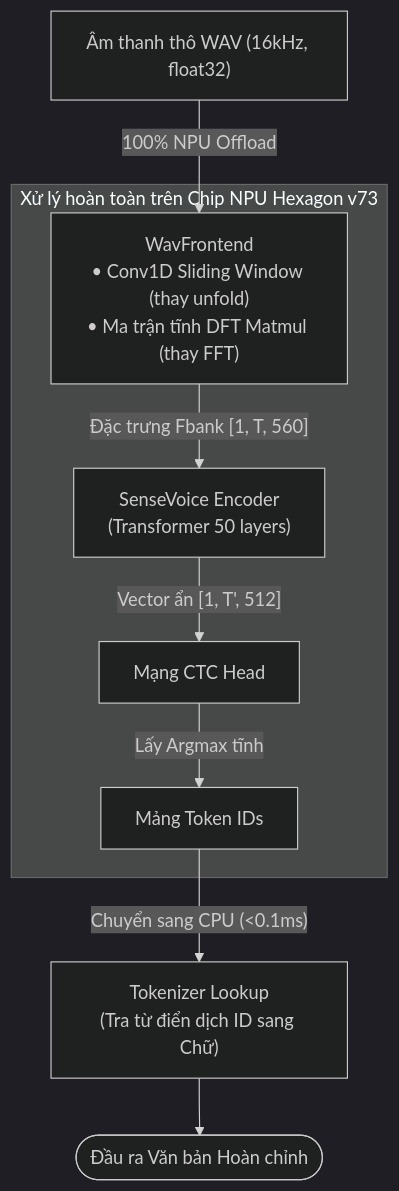
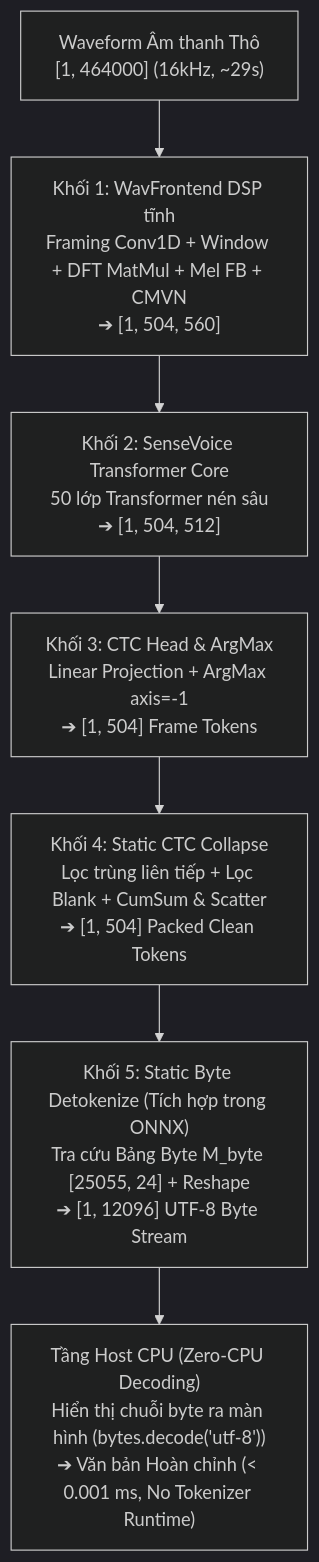
One commit to Khanhhh239/OneVoice changed the diagram in src/step1_asr/step4_sensevoice.md. Above: the diagram before and after it, drawn with Mermaid (dark theme). The commit also changed other lines of this file and 8 other files, not shown here.

Commit message:
feat(step1_asr): unify 5-block static DAG on NPU with zero-cpu byte detokenizer, clean obsolete scripts, and update step4_sensevoice.md

````diff
--- a/src/step1_asr/step4_sensevoice.md
+++ b/src/step1_asr/step4_sensevoice.md
@@ -58,12 +13,9 @@
 ```mermaid
-graph TD
-    A["Âm thanh thô WAV (16kHz, float32)"] -->|"100% NPU Offload"| B
-    subgraph npu_process ["Xử lý hoàn toàn trên Chip NPU Hexagon v73"]
-        B["WavFrontend<br/>• Conv1D Sliding Window (thay unfold)<br/>• Ma trận tĩnh DFT Matmul (thay FFT)"]
-        B -->|"Đặc trưng Fbank [1, T, 560]"| C["SenseVoice Encoder<br/>(Transformer 50 layers)"]
-        C -->|"Vector ẩn [1, T', 512]"| D["Mạng CTC Head"]
-        D -->|"Lấy Argmax tĩnh"| E["Mảng Token IDs"]
-    end
-    E -->|"Chuyển sang CPU (<0.1ms)"| F["Tokenizer Lookup<br/>(Tra từ điển dịch ID sang Chữ)"]
-    F --> G(["Đầu ra Văn bản Hoàn chỉnh"])
+flowchart TD
+    A["Waveform Âm thanh Thô<br/>[1, 464000] (16kHz, ~29s)"] --> B["Khối 1: WavFrontend DSP tĩnh<br/>Framing Conv1D + Window + DFT MatMul + Mel FB + CMVN<br/>➔ [1, 504, 560]"]
+    B --> C["Khối 2: SenseVoice Transformer Core<br/>50 lớp Transformer nén sâu<br/>➔ [1, 504, 512]"]
+    C --> D["Khối 3: CTC Head & ArgMax<br/>Linear Projection + ArgMax axis=-1<br/>➔ [1, 504] Frame Tokens"]
+    D --> E["Khối 4: Static CTC Collapse<br/>Lọc trùng liên tiếp + Lọc Blank + CumSum & Scatter<br/>➔ [1, 504] Packed Clean Tokens"]
+    E --> F["Khối 5: Static Byte Detokenize (Tích hợp trong ONNX)<br/>Tra cứu Bảng Byte M_byte [25055, 24] + Reshape<br/>➔ [1, 12096] UTF-8 Byte Stream"]
+    F --> G["Tầng Host CPU (Zero-CPU Decoding)<br/>Hiển thị chuỗi byte ra màn hình (bytes.decode('utf-8'))<br/>➔ Văn bản Hoàn chỉnh (< 0.001 ms, No Tokenizer Runtime)"]
 ```
````
